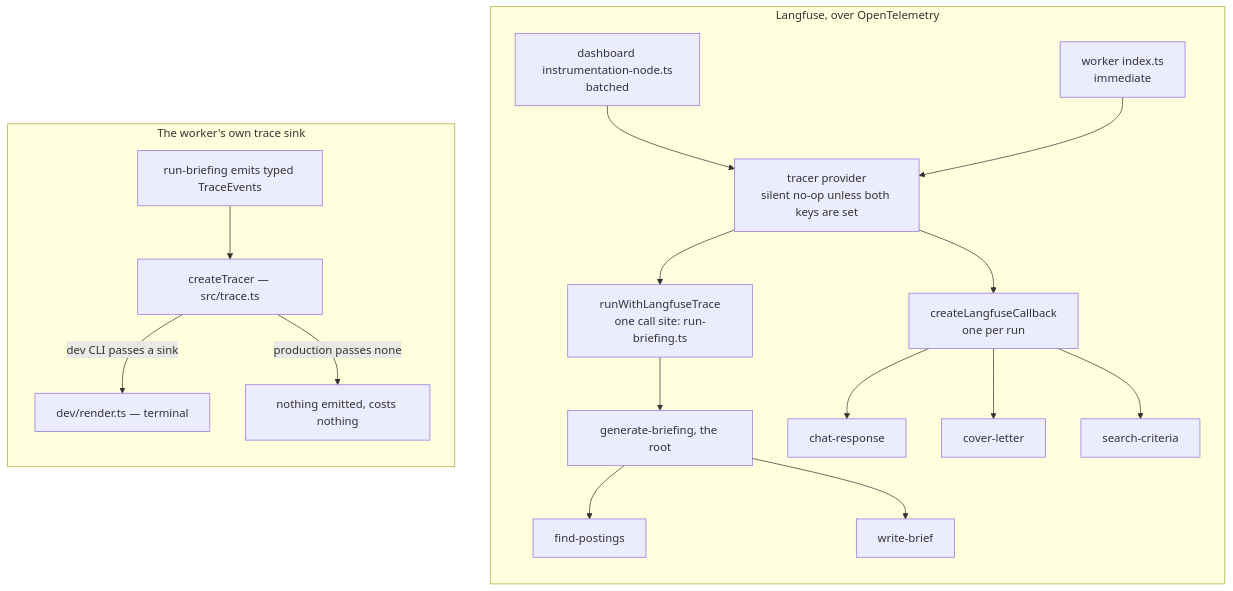
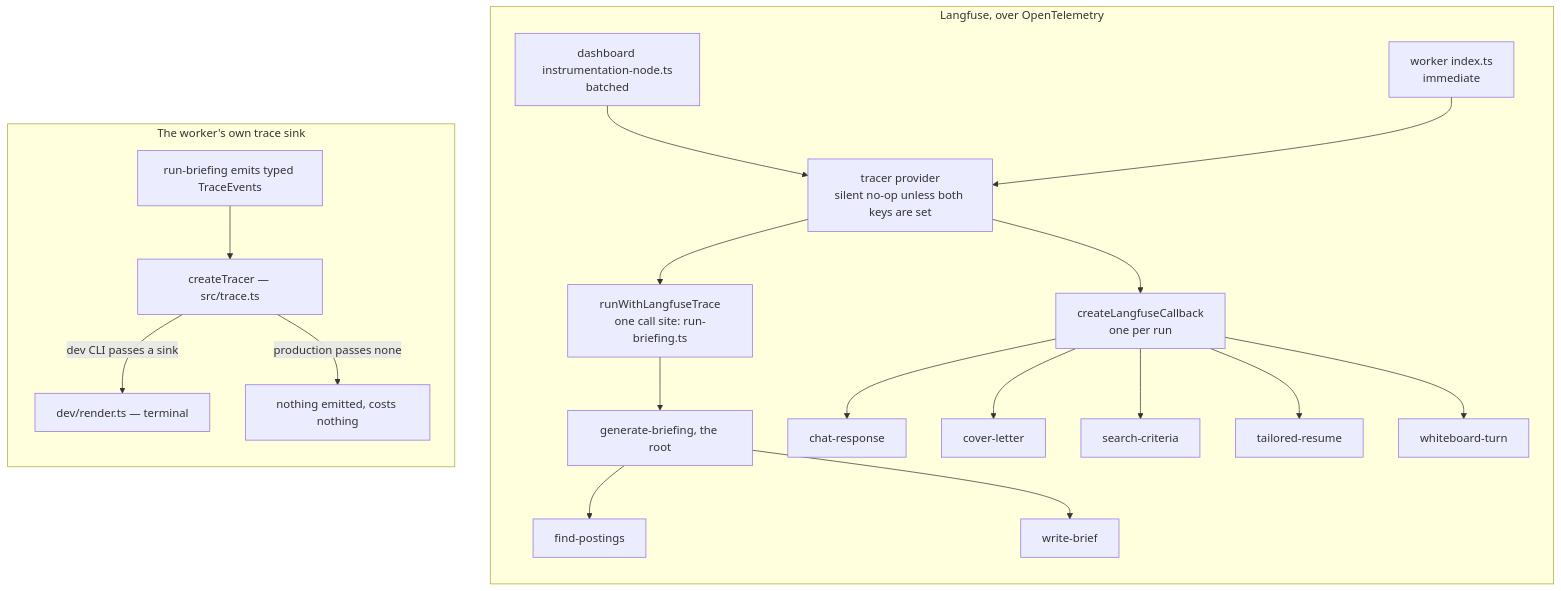
One commit to sunnyeyles/control-panel changed the fifth of 5 diagrams in docs/agent-architecture.md. Above: the diagram before and after it, drawn with Mermaid. The commit also changed other lines of this file and 9 other files, not shown here.

````diff
--- a/docs/agent-architecture.md
+++ b/docs/agent-architecture.md
@@ -368,24 +384,26 @@
 ```mermaid
 flowchart TD
     subgraph lfuse ["Langfuse, over OpenTelemetry"]
         direction TB
         I1["dashboard instrumentation-node.ts<br/>batched"] --> P
         I2["worker index.ts<br/>immediate"] --> P
         P["tracer provider<br/>silent no-op unless both keys are set"]
         P --> R["runWithLangfuseTrace<br/>one call site: run-briefing.ts"]
         P --> CB["createLangfuseCallback<br/>one per run"]
         R --> R1["generate-briefing, the root"]
         R1 --> R2["find-postings"]
         R1 --> R3["write-brief"]
         CB --> CB1["chat-response"]
         CB --> CB2["cover-letter"]
         CB --> CB3["search-criteria"]
+        CB --> CB4["tailored-resume"]
+        CB --> CB5["whiteboard-turn"]
     end
 
     subgraph sink ["The worker's own trace sink"]
         direction TB
         T1["run-briefing emits typed TraceEvents"] --> T2["createTracer — src/trace.ts"]
         T2 -->|"dev CLI passes a sink"| T3["dev/render.ts — terminal"]
         T2 -->|"production passes none"| T4["nothing emitted, costs nothing"]
     end
 ```
````
